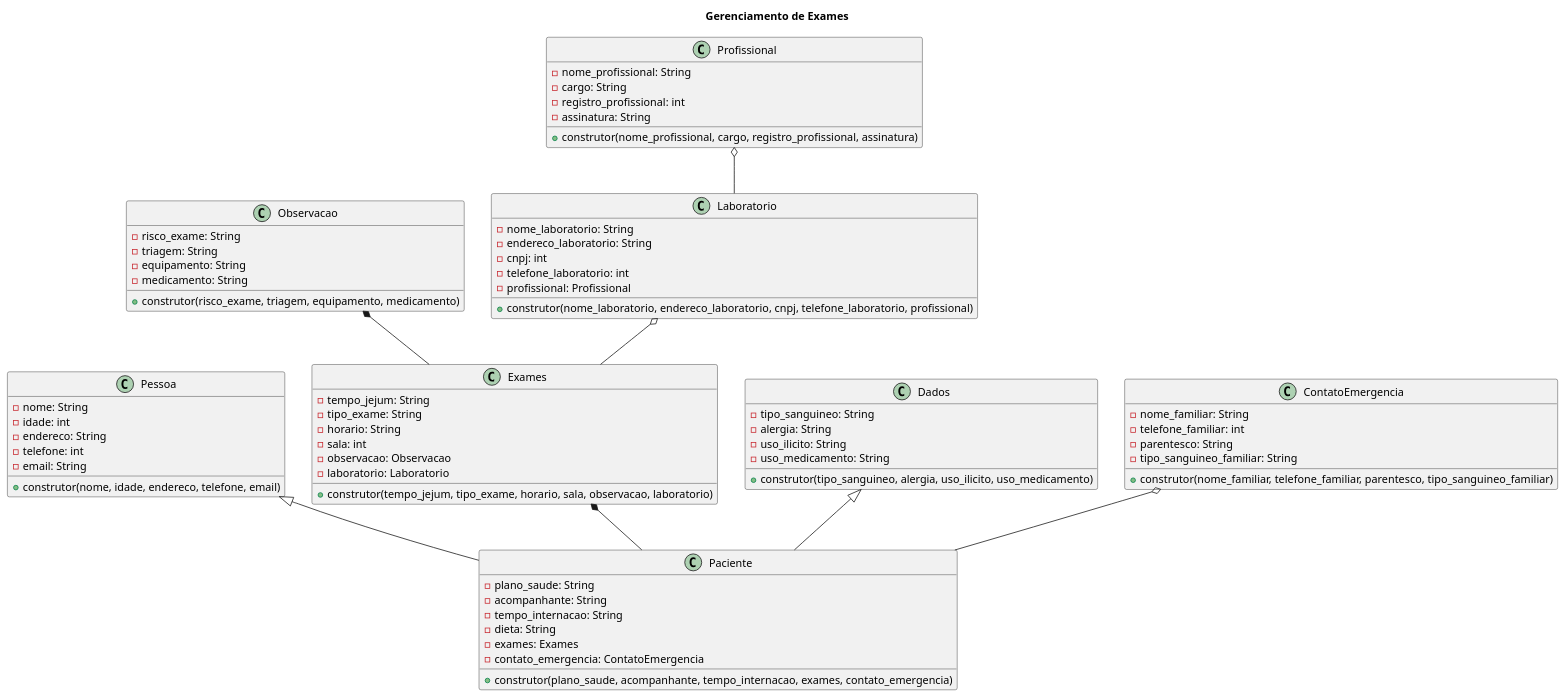
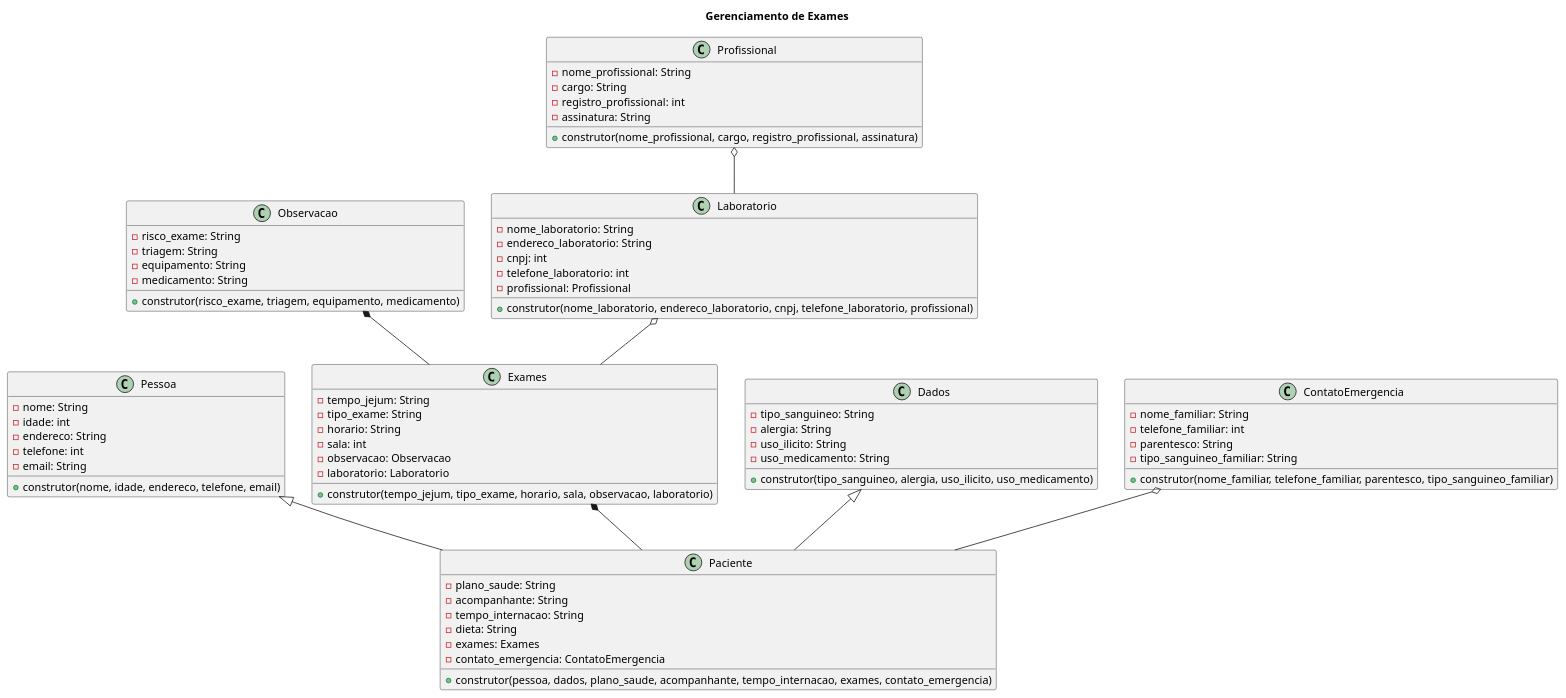
The diagram in gerenciamento.plantuml (anleaes/2022-1-N2-POO-17), drawn with PlantUML before and after one commit.

```diff
--- a/gerenciamento.plantuml
+++ b/gerenciamento.plantuml
@@ -1,85 +1,85 @@
 @startuml gerenciamento
 
 title Gerenciamento de Exames
 
 class Pessoa{
     - nome: String
     - idade: int
     - endereco: String
     - telefone: int
     - email: String
     + construtor(nome, idade, endereco, telefone, email)
     
 }
 
 class Profissional{
     - nome_profissional: String
     - cargo: String
     - registro_profissional: int
     - assinatura: String
     + construtor(nome_profissional, cargo, registro_profissional, assinatura)
 }
 
 class Paciente{
     - plano_saude: String
     - acompanhante: String
     - tempo_internacao: String
     - dieta: String
     - exames: Exames
     - contato_emergencia: ContatoEmergencia
-    + construtor(plano_saude, acompanhante, tempo_internacao, exames, contato_emergencia)
+    + construtor(pessoa, dados, plano_saude, acompanhante, tempo_internacao, exames, contato_emergencia)
 }
 
 class Observacao{
     - risco_exame: String
     - triagem: String
     - equipamento: String
     - medicamento: String
     + construtor(risco_exame, triagem, equipamento, medicamento)
 }
 
 class Laboratorio{
     - nome_laboratorio: String
     - endereco_laboratorio: String
     - cnpj: int
     - telefone_laboratorio: int
     - profissional: Profissional
     + construtor(nome_laboratorio, endereco_laboratorio, cnpj, telefone_laboratorio, profissional)
 }
 
 class Exames{
     - tempo_jejum: String
     - tipo_exame: String
     - horario: String
     - sala: int
     - observacao: Observacao
     - laboratorio: Laboratorio
     + construtor(tempo_jejum, tipo_exame, horario, sala, observacao, laboratorio)
 }
 
 class Dados{
     - tipo_sanguineo: String
     - alergia: String
     - uso_ilicito: String
     - uso_medicamento: String
     + construtor(tipo_sanguineo, alergia, uso_ilicito, uso_medicamento)
 }
 
 class ContatoEmergencia{
     - nome_familiar: String
     - telefone_familiar: int
     - parentesco: String
     - tipo_sanguineo_familiar: String
     + construtor(nome_familiar, telefone_familiar, parentesco, tipo_sanguineo_familiar)
 }
 
 Pessoa <|-- Paciente
 Exames *-- Paciente
 Dados <|-- Paciente
 ContatoEmergencia o-- Paciente
 Observacao *-- Exames
 Laboratorio o-- Exames
 Profissional o-- Laboratorio
 
 
 @enduml
```
